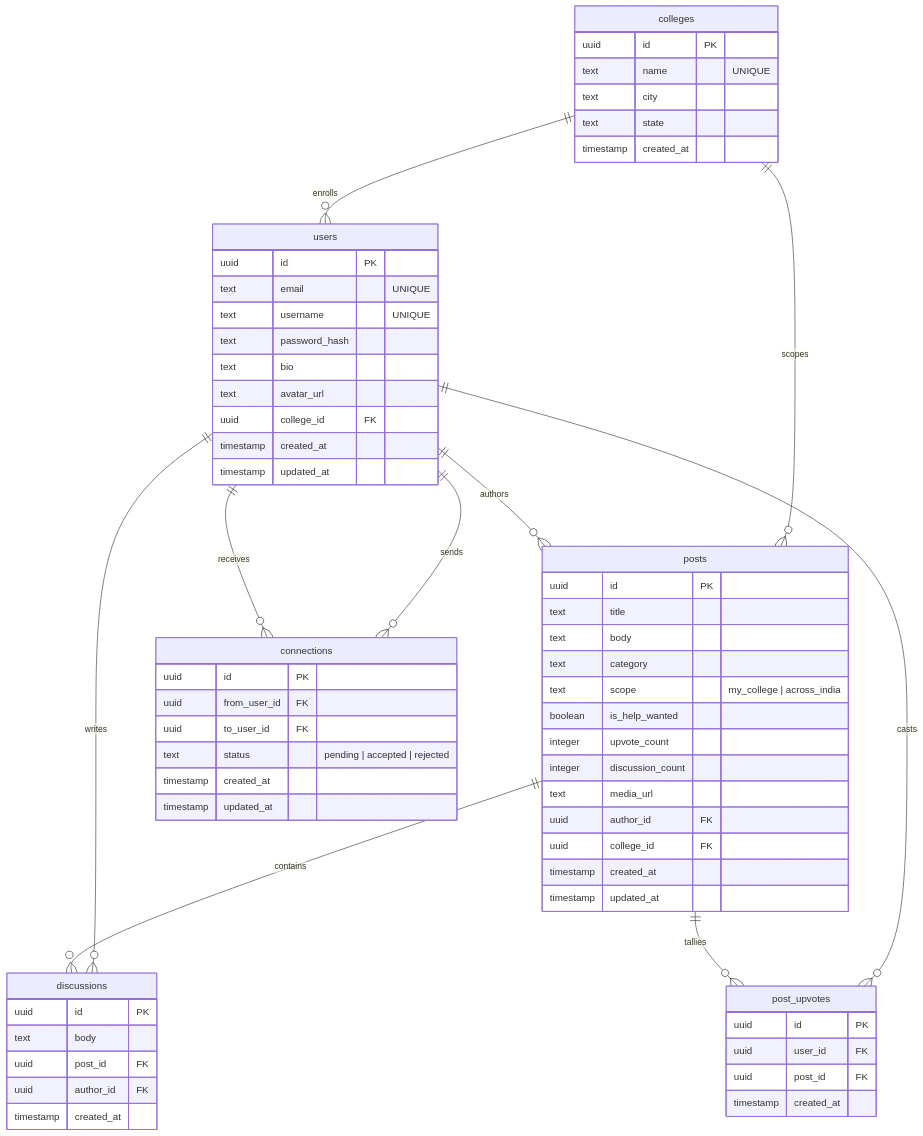
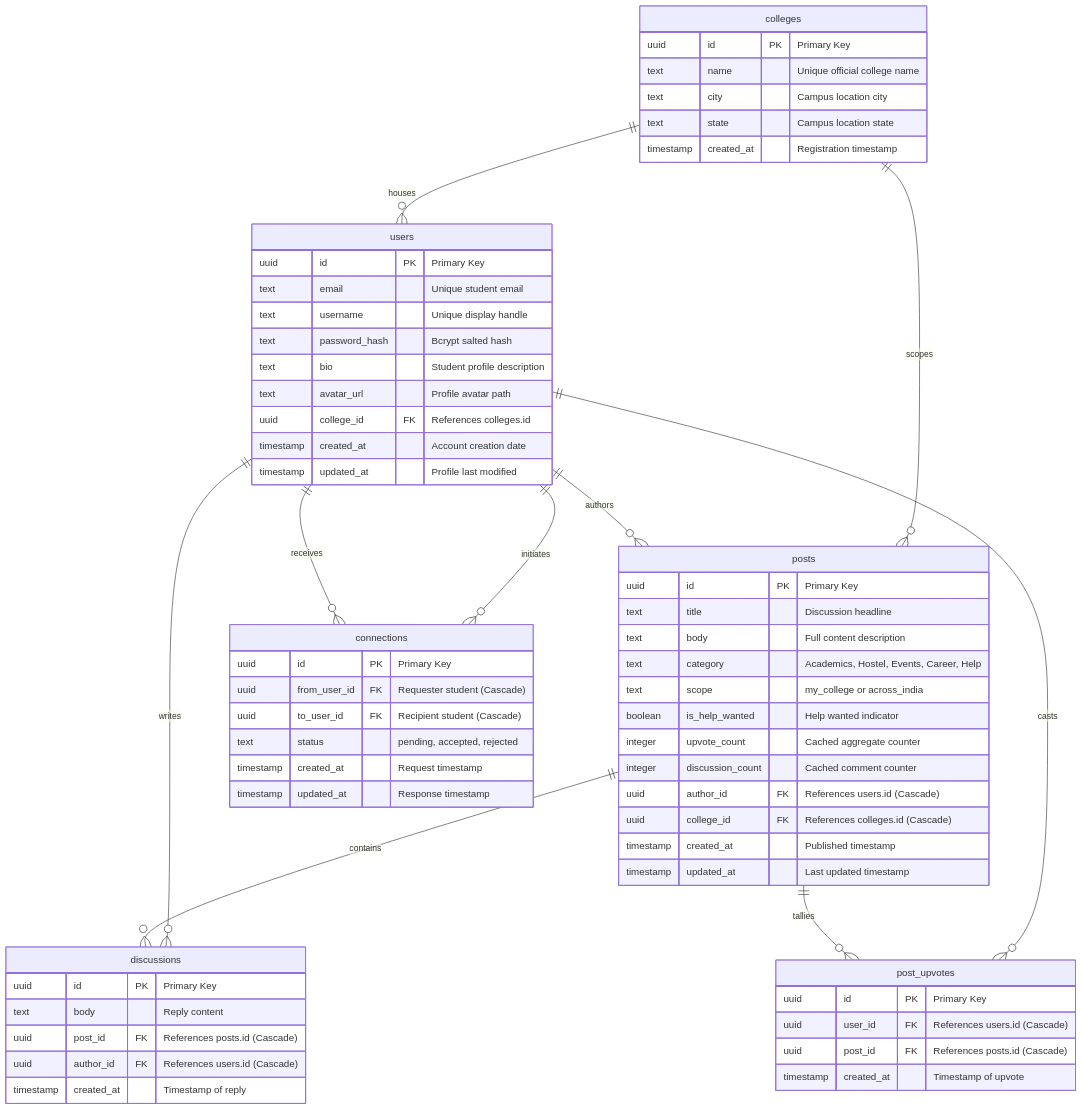
One commit to vasanth642/Campify changed the second of 2 diagrams in README.md. Above: the diagram before and after it, drawn with Mermaid. The commit also changed other lines of this file, not shown here.

Commit message:
docs: author comprehensive production architectural documentation and setup guide

````diff
--- a/README.md
+++ b/README.md
@@ -51,72 +103,71 @@
 ```mermaid
 erDiagram
-    colleges ||--o{ users : "enrolls"
+    colleges ||--o{ users : "houses"
     colleges ||--o{ posts : "scopes"
     users ||--o{ posts : "authors"
     users ||--o{ discussions : "writes"
     users ||--o{ post_upvotes : "casts"
-    users ||--o{ connections : "sends"
+    users ||--o{ connections : "initiates"
     users ||--o{ connections : "receives"
     posts ||--o{ discussions : "contains"
     posts ||--o{ post_upvotes : "tallies"
 
     colleges {
-        uuid id PK
-        text name "UNIQUE"
-        text city
-        text state
-        timestamp created_at
+        uuid id PK "Primary Key"
+        text name "Unique official college name"
+        text city "Campus location city"
+        text state "Campus location state"
+        timestamp created_at "Registration timestamp"
     }
 
     users {
-        uuid id PK
-        text email "UNIQUE"
-        text username "UNIQUE"
-        text password_hash
-        text bio
-        text avatar_url
-        uuid college_id FK
-        timestamp created_at
-        timestamp updated_at
+        uuid id PK "Primary Key"
+        text email "Unique student email"
+        text username "Unique display handle"
+        text password_hash "Bcrypt salted hash"
+        text bio "Student profile description"
+        text avatar_url "Profile avatar path"
+        uuid college_id FK "References colleges.id"
+        timestamp created_at "Account creation date"
+        timestamp updated_at "Profile last modified"
     }
 
     posts {
-        uuid id PK
-        text title
-        text body
-        text category
-        text scope "my_college | across_india"
-        boolean is_help_wanted
-        integer upvote_count
-        integer discussion_count
-        text media_url
-        uuid author_id FK
-        uuid college_id FK
-        timestamp created_at
-        timestamp updated_at
+        uuid id PK "Primary Key"
+        text title "Discussion headline"
+        text body "Full content description"
+        text category "Academics, Hostel, Events, Career, Help"
+        text scope "my_college or across_india"
+        boolean is_help_wanted "Help wanted indicator"
+        integer upvote_count "Cached aggregate counter"
+        integer discussion_count "Cached comment counter"
+        uuid author_id FK "References users.id (Cascade)"
+        uuid college_id FK "References colleges.id (Cascade)"
+        timestamp created_at "Published timestamp"
+        timestamp updated_at "Last updated timestamp"
     }
 
     post_upvotes {
-        uuid id PK
-        uuid user_id FK
-        uuid post_id FK
-        timestamp created_at
+        uuid id PK "Primary Key"
+        uuid user_id FK "References users.id (Cascade)"
+        uuid post_id FK "References posts.id (Cascade)"
+        timestamp created_at "Timestamp of upvote"
     }
 
     discussions {
-        uuid id PK
-        text body
-        uuid post_id FK
-        uuid author_id FK
-        timestamp created_at
+        uuid id PK "Primary Key"
+        text body "Reply content"
+        uuid post_id FK "References posts.id (Cascade)"
+        uuid author_id FK "References users.id (Cascade)"
+        timestamp created_at "Timestamp of reply"
     }
 
     connections {
-        uuid id PK
-        uuid from_user_id FK
-        uuid to_user_id FK
-        text status "pending | accepted | rejected"
-        timestamp created_at
-        timestamp updated_at
+        uuid id PK "Primary Key"
+        uuid from_user_id FK "Requester student (Cascade)"
+        uuid to_user_id FK "Recipient student (Cascade)"
+        text status "pending, accepted, rejected"
+        timestamp created_at "Request timestamp"
+        timestamp updated_at "Response timestamp"
     }
 ```
````
